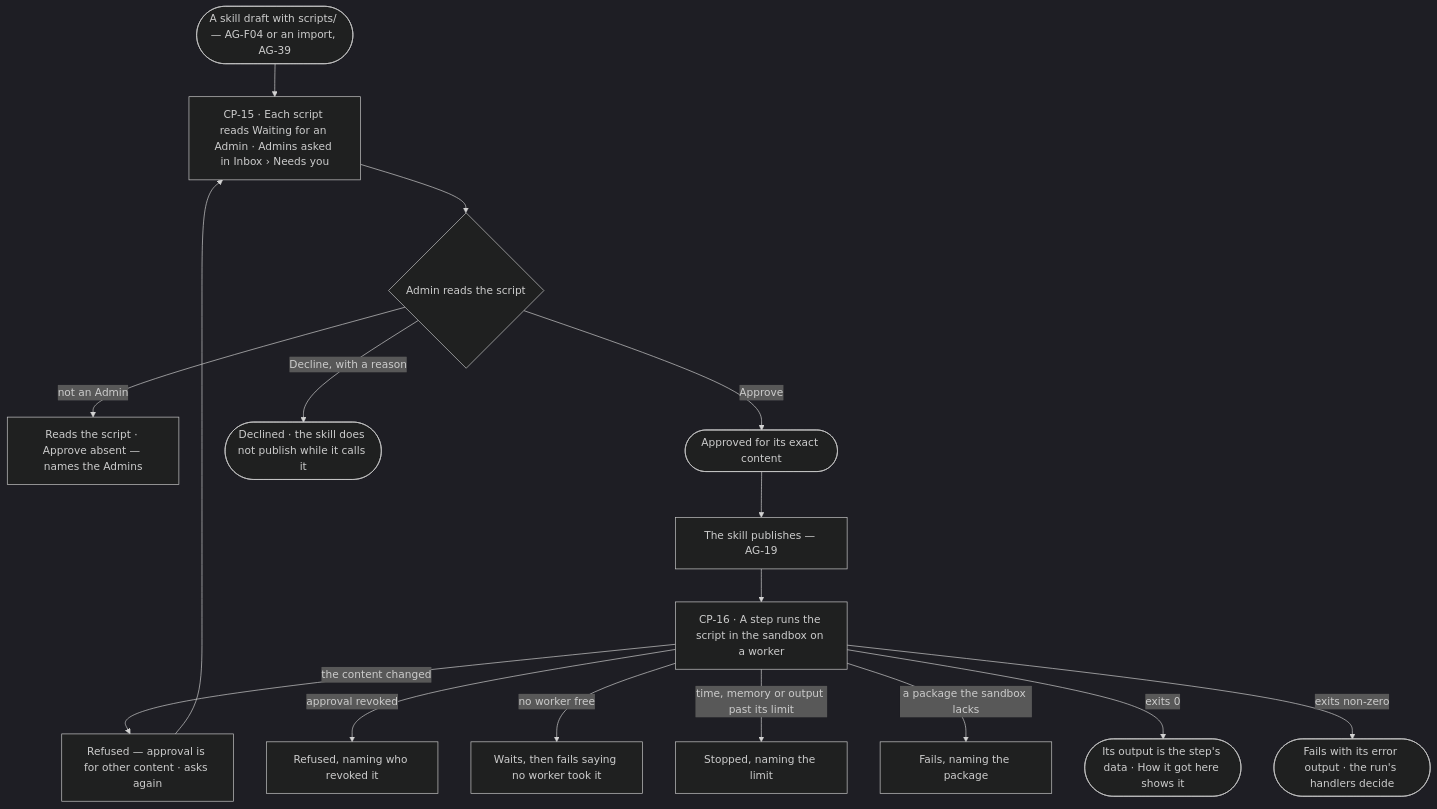
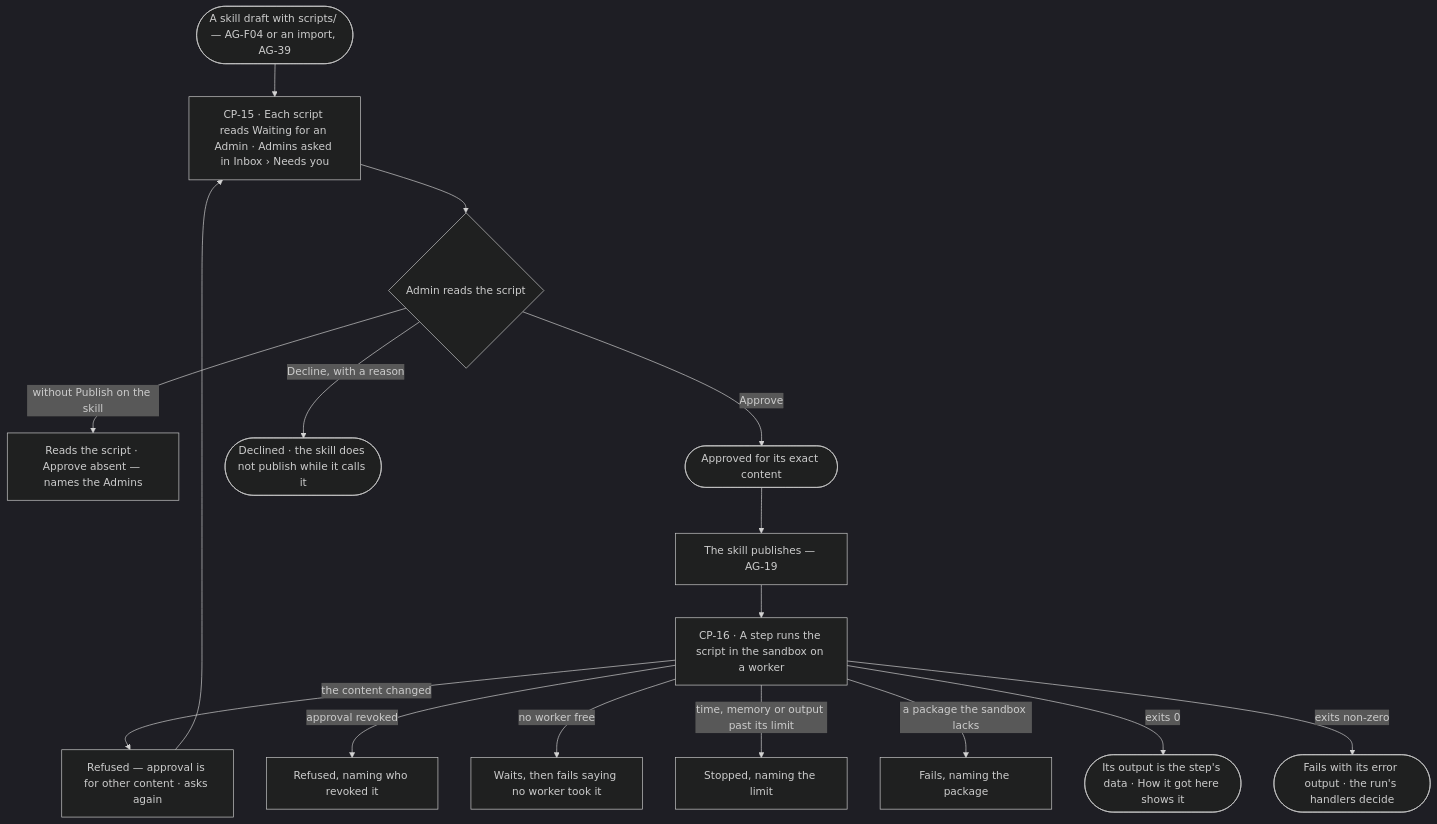
One commit to invana/invana changed the first of 2 diagrams in specs/os/control/features/CP-F06-skill-scripts/feature.md. Above: the diagram before and after it, drawn with Mermaid (dark theme). The commit also changed other lines of this file and 228 other files, not shown here.

````diff
--- a/specs/os/control/features/CP-F06-skill-scripts/feature.md
+++ b/specs/os/control/features/CP-F06-skill-scripts/feature.md
@@ -22,17 +22,17 @@
 ```mermaid
 flowchart TD
   start([A skill draft with scripts/ — AG-F04 or an import, AG-39]) --> wait["CP-15 · Each script reads Waiting for an Admin · Admins asked in Inbox › Needs you"]
   wait --> adm{Admin reads the script}
-  adm -->|not an Admin| na["Reads the script · Approve absent — names the Admins"]
+  adm -->|without Publish on the skill| na["Reads the script · Approve absent — names the Admins"]
   adm -->|Approve| ok(["Approved for its exact content"])
   adm -->|Decline, with a reason| dec(["Declined · the skill does not publish while it calls it"])
   ok --> pub["The skill publishes — AG-19"]
   pub --> run["CP-16 · A step runs the script in the sandbox on a worker"]
   run -->|the content changed| re["Refused — approval is for other content · asks again"] --> wait
   run -->|approval revoked| rv["Refused, naming who revoked it"]
   run -->|no worker free| q["Waits, then fails saying no worker took it"]
   run -->|time, memory or output past its limit| st["Stopped, naming the limit"]
   run -->|a package the sandbox lacks| pk["Fails, naming the package"]
   run -->|exits 0| res(["Its output is the step's data · How it got here shows it"])
   run -->|exits non-zero| er(["Fails with its error output · the run's handlers decide"])
 ```
````
